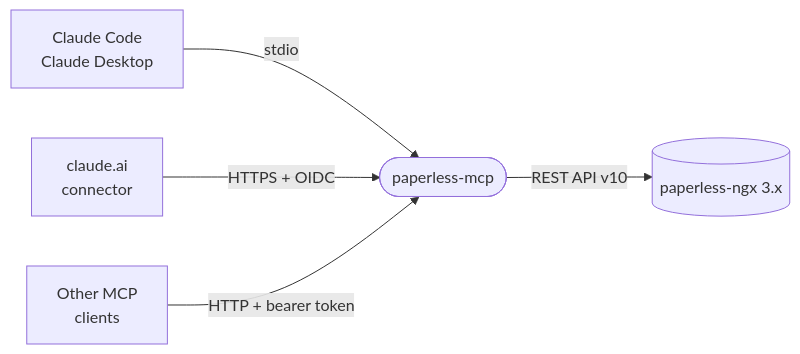
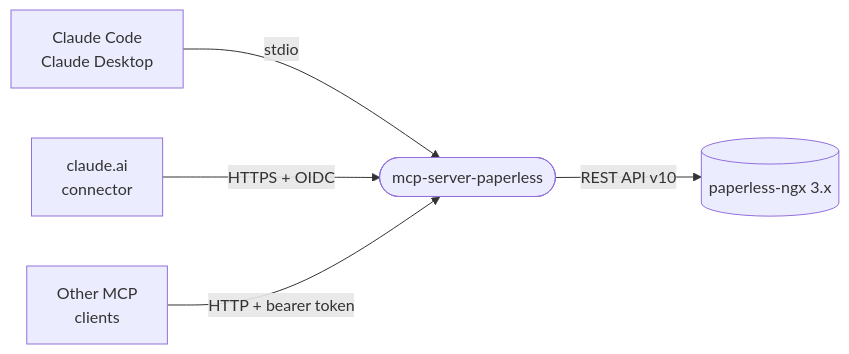
One commit to gardenbaum/mcp-server-paperless changed the diagram in README.md. Above: the diagram before and after it, drawn with Mermaid. The commit also changed other lines of this file and 36 other files, not shown here.

First line of the commit message:
chore: name the project mcp-server-paperless everywhere (PLMCP-59) (#77)

````diff
--- a/README.md
+++ b/README.md
@@ -26,7 +26,7 @@
 ```mermaid
 flowchart LR
     A["Claude Code<br>Claude Desktop"] -- stdio --> S
     B["claude.ai<br>connector"] -- "HTTPS + OIDC" --> S
     C["Other MCP<br>clients"] -- "HTTP + bearer token" --> S
-    S(["paperless-mcp"]) -- "REST API v10" --> P[("paperless-ngx 3.x")]
+    S(["mcp-server-paperless"]) -- "REST API v10" --> P[("paperless-ngx 3.x")]
 ```
````
